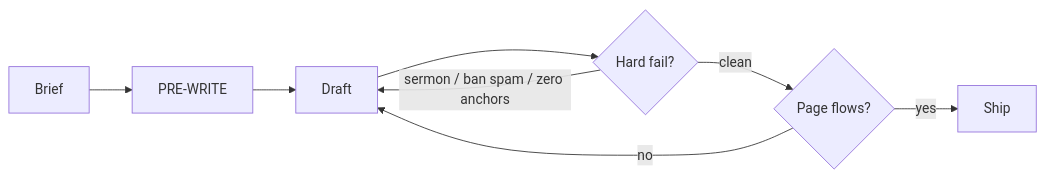
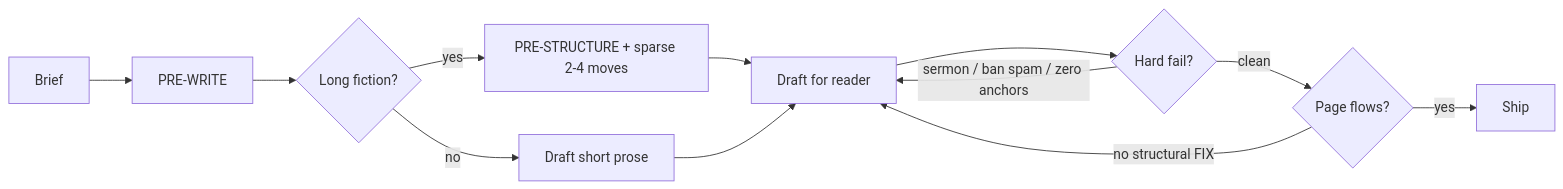
One commit to vstalingrady/noslop changed the first of 5 diagrams in README.md. Above: the diagram before and after it, drawn with Mermaid. The commit also changed other lines of this file and 11 other files, not shown here.

First line of the commit message:
feat: structure-first construction plus required style/ban pass

````diff
--- a/README.md
+++ b/README.md
@@ -28,10 +29,14 @@
 ```mermaid
 flowchart LR
   A[Brief] --> B[PRE-WRITE]
-  B --> C[Draft]
-  C --> D{Hard fail?}
-  D -->|sermon / ban spam / zero anchors| C
-  D -->|clean| E{Page flows?}
-  E -->|no| C
-  E -->|yes| F[Ship]
+  B --> C{Long fiction?}
+  C -->|yes| D[PRE-STRUCTURE + sparse 2-4 moves]
+  C -->|no| E[Draft short prose]
+  D --> F[Draft for reader]
+  E --> F
+  F --> G{Hard fail?}
+  G -->|sermon / ban spam / zero anchors| F
+  G -->|clean| H{Page flows?}
+  H -->|no structural FIX| F
+  H -->|yes| I[Ship]
 ```
````
